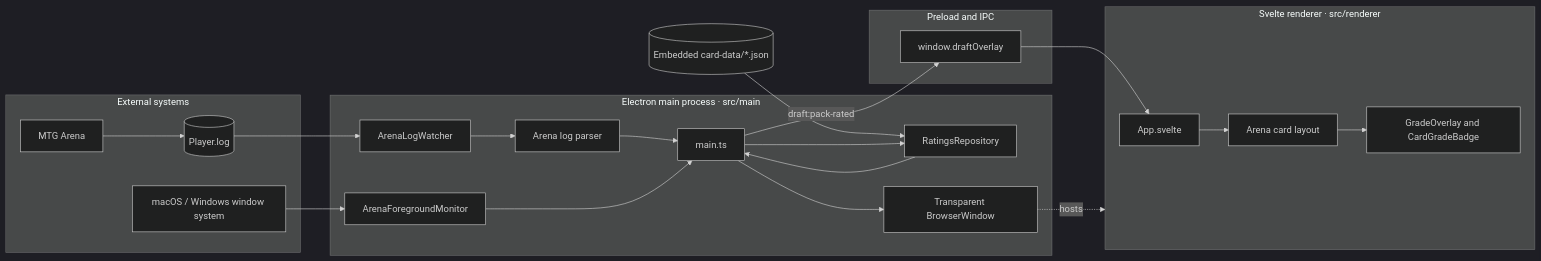
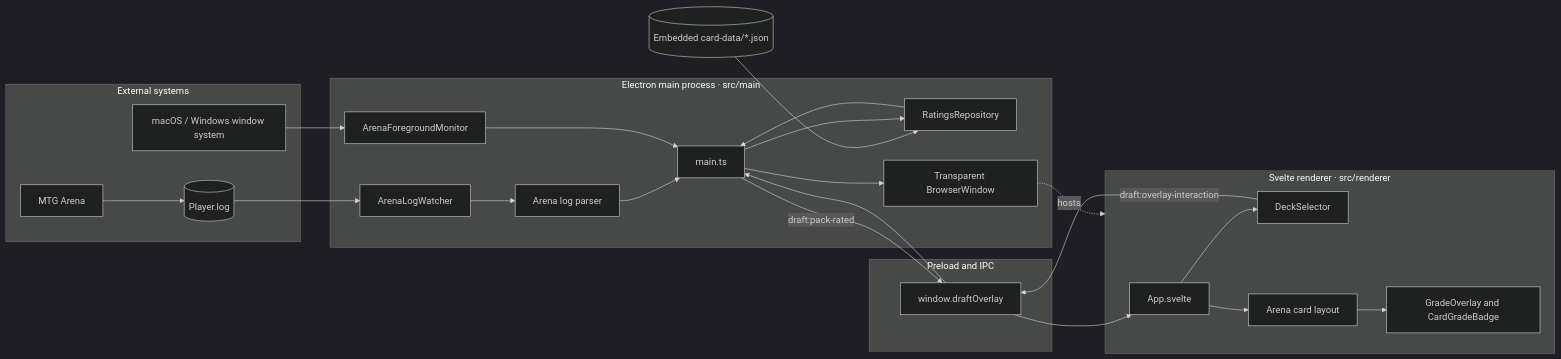
One commit to ratek-20/17-buddy changed the first of 4 diagrams in docs/architecture.md. Above: the diagram before and after it, drawn with Mermaid (dark theme). The commit also changed other lines of this file and 10 other files, not shown here.

````diff
--- a/docs/architecture.md
+++ b/docs/architecture.md
@@ -9,45 +9,49 @@
 ```mermaid
 flowchart LR
     subgraph External[External systems]
         Arena[MTG Arena]
         Log[(Player.log)]
         OS[macOS / Windows window system]
     end
 
     subgraph Main[Electron main process · src/main]
         Watcher[ArenaLogWatcher]
         Parser[Arena log parser]
         Coordinator[main.ts]
         Ratings[RatingsRepository]
         Foreground[ArenaForegroundMonitor]
         Overlay[Transparent BrowserWindow]
     end
 
     Data[(Embedded card-data/*.json)]
 
     subgraph Bridge[Preload and IPC]
         Preload[window.draftOverlay]
     end
 
     subgraph Renderer[Svelte renderer · src/renderer]
         App[App.svelte]
+        Selector[DeckSelector]
         Layout[Arena card layout]
         Badges[GradeOverlay and CardGradeBadge]
     end
 
     Arena --> Log
     Log --> Watcher
     Watcher --> Parser
     Parser --> Coordinator
     Data --> Ratings
     Coordinator --> Ratings
     Ratings --> Coordinator
     Coordinator -->|draft:pack-rated| Preload
     Preload --> App
+    App --> Selector
+    Selector -->|draft:overlay-interaction| Preload
+    Preload --> Coordinator
     App --> Layout
     Layout --> Badges
     OS --> Foreground
     Foreground --> Coordinator
     Coordinator --> Overlay
     Overlay -. hosts .-> Renderer
 ```
````
